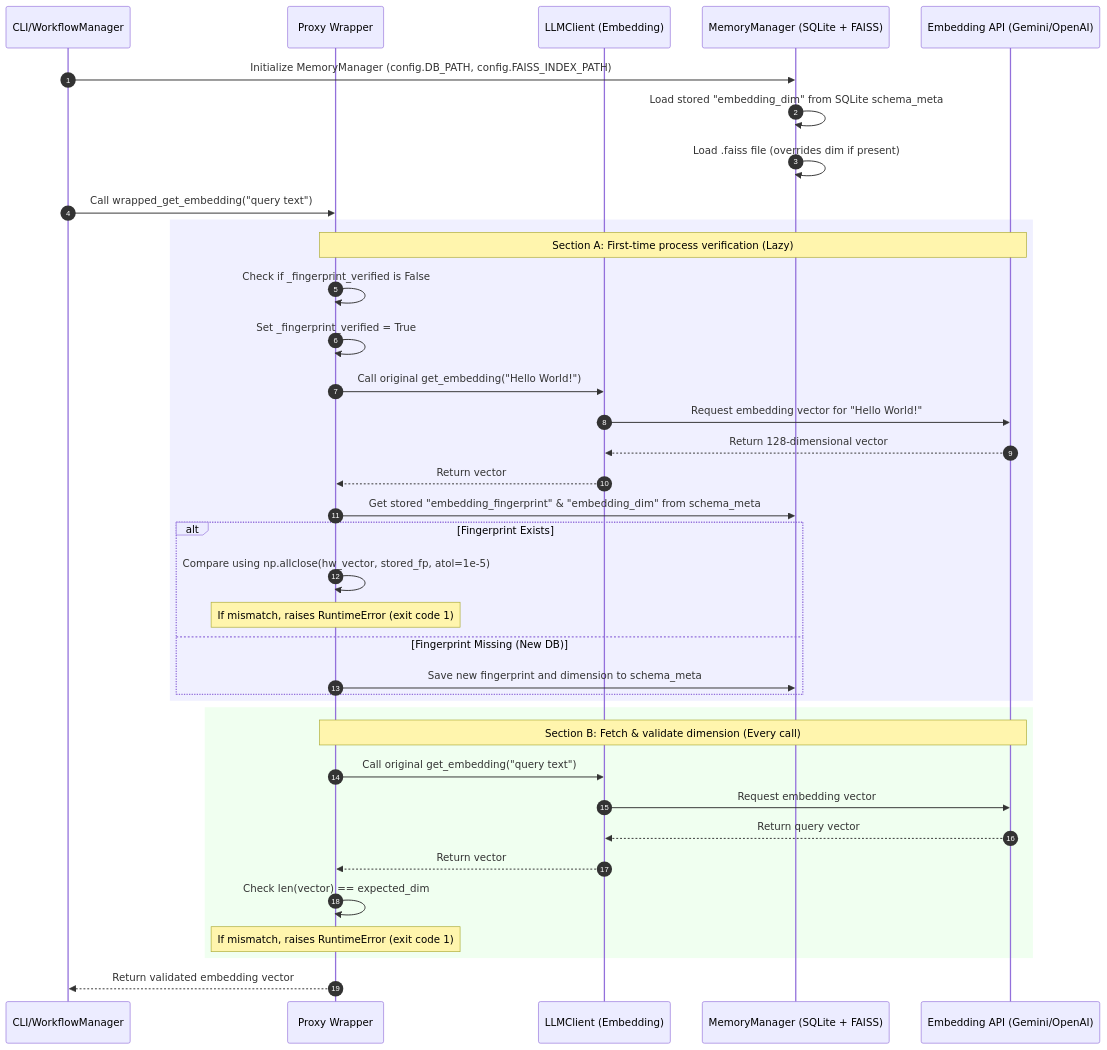
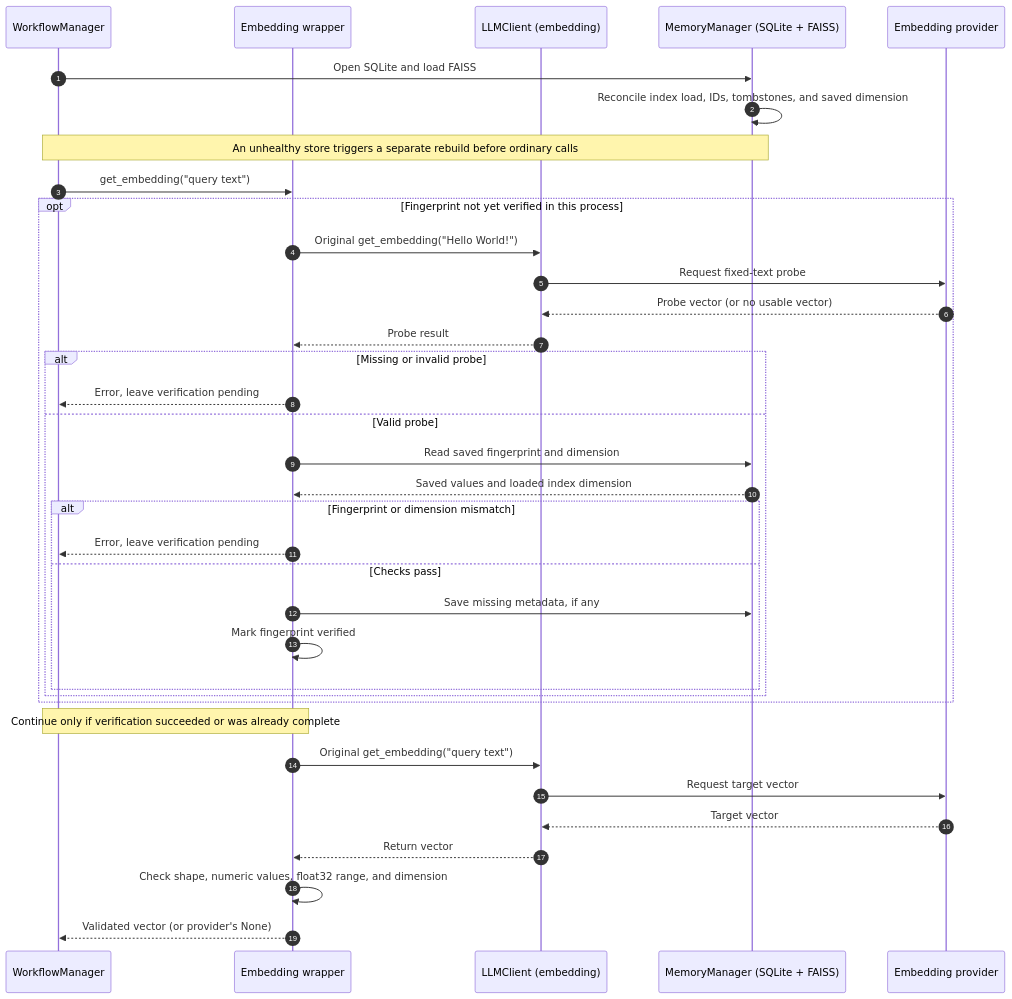
The diagram in docs/Design/embedding_validation.md (AI-Team-Team/AI-Novel), drawn with Mermaid before and after one commit. The commit also changed other lines of this file and 15 other files, not shown here.

````diff
--- a/docs/Design/embedding_validation.md
+++ b/docs/Design/embedding_validation.md
@@ -19,46 +19,39 @@
 ```mermaid
 sequenceDiagram
     autonumber
-    participant CLI as CLI/WorkflowManager
-    participant Wrapper as Proxy Wrapper
-    participant Client as LLMClient (Embedding)
+    participant Workflow as WorkflowManager
+    participant Wrapper as Embedding wrapper
+    participant Client as LLMClient (embedding)
     participant Memory as MemoryManager (SQLite + FAISS)
-    participant Provider as Embedding API (Gemini/OpenAI)
+    participant Provider as Embedding provider
 
-    CLI->>Memory: Initialize MemoryManager (config.DB_PATH, config.FAISS_INDEX_PATH)
-    Memory->>Memory: Load stored "embedding_dim" from SQLite schema_meta
-    Memory->>Memory: Load .faiss file (overrides dim if present)
-    
-    CLI->>Wrapper: Call wrapped_get_embedding("query text")
-    
-    rect rgb(240, 240, 255)
-        Note over Wrapper, Provider: Section A: First-time process verification (Lazy)
-        Wrapper->>Wrapper: Check if _fingerprint_verified is False
-        Wrapper->>Wrapper: Set _fingerprint_verified = True
-        Wrapper->>Client: Call original get_embedding("Hello World!")
-        Client->>Provider: Request embedding vector for "Hello World!"
-        Provider-->>Client: Return 128-dimensional vector
-        Client-->>Wrapper: Return vector
-        
-        Wrapper->>Memory: Get stored "embedding_fingerprint" & "embedding_dim" from schema_meta
-        
-        alt Fingerprint Exists
-            Wrapper->>Wrapper: Compare using np.allclose(hw_vector, stored_fp, atol=1e-5)
-            Note over Wrapper: If mismatch, raises RuntimeError (exit code 1)
-        else Fingerprint Missing (New DB)
-            Wrapper->>Memory: Save new fingerprint and dimension to schema_meta
+    Workflow->>Memory: Open SQLite and load FAISS
+    Memory->>Memory: Reconcile index load, IDs, tombstones, and saved dimension
+    Note over Workflow,Memory: An unhealthy store triggers a separate rebuild before ordinary calls
+    Workflow->>Wrapper: get_embedding("query text")
+    opt Fingerprint not yet verified in this process
+        Wrapper->>Client: Original get_embedding("Hello World!")
+        Client->>Provider: Request fixed-text probe
+        Provider-->>Client: Probe vector (or no usable vector)
+        Client-->>Wrapper: Probe result
+        alt Missing or invalid probe
+            Wrapper-->>Workflow: Error, leave verification pending
+        else Valid probe
+            Wrapper->>Memory: Read saved fingerprint and dimension
+            Memory-->>Wrapper: Saved values and loaded index dimension
+            alt Fingerprint or dimension mismatch
+                Wrapper-->>Workflow: Error, leave verification pending
+            else Checks pass
+                Wrapper->>Memory: Save missing metadata, if any
+                Wrapper->>Wrapper: Mark fingerprint verified
+            end
         end
     end
-
-    rect rgb(240, 255, 240)
-        Note over Wrapper, Provider: Section B: Fetch & validate dimension (Every call)
-        Wrapper->>Client: Call original get_embedding("query text")
-        Client->>Provider: Request embedding vector
-        Provider-->>Client: Return query vector
-        Client-->>Wrapper: Return vector
-        Wrapper->>Wrapper: Check len(vector) == expected_dim
-        Note over Wrapper: If mismatch, raises RuntimeError (exit code 1)
-    end
-    
-    Wrapper-->>CLI: Return validated embedding vector
+    Note over Wrapper,Workflow: Continue only if verification succeeded or was already complete
+    Wrapper->>Client: Original get_embedding("query text")
+    Client->>Provider: Request target vector
+    Provider-->>Client: Target vector
+    Client-->>Wrapper: Return vector
+    Wrapper->>Wrapper: Check shape, numeric values, float32 range, and dimension
+    Wrapper-->>Workflow: Validated vector (or provider's None)
 ```
````
